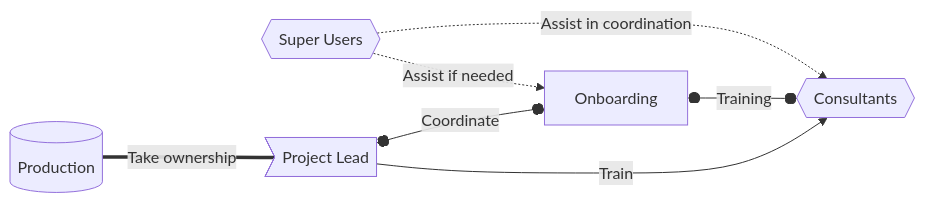
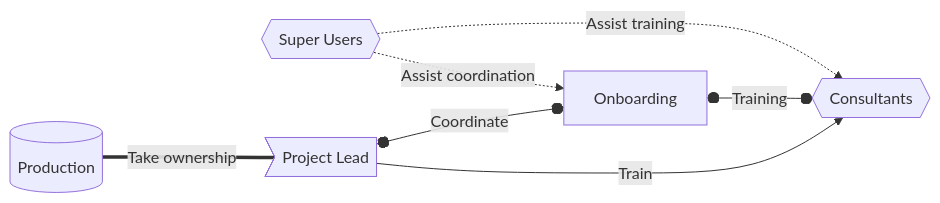
Before and after one commit to dialogueone-dev/IT-documentation: the fifth of 12 diagrams in Product_documentations/ninox/project_management.md, drawn with Mermaid. The commit also changed other lines of this file, not shown here.

````diff
--- a/Product_documentations/ninox/project_management.md
+++ b/Product_documentations/ninox/project_management.md
@@ -116,9 +116,9 @@
 ```mermaid
 flowchart LR
 G[(Production)] ===|Take ownership| PL>Project Lead]
-SU{{Super Users}} -.->|Assist if needed| J[Onboarding]
-SU{{Super Users}} -.->|Assist in coordination| I{{Consultants}}
+SU{{Super Users}} -.->|Assist coordination| J[Onboarding]
+SU{{Super Users}} -.->|Assist training| I{{Consultants}}
 PL o--o|Coordinate| J
 J o--o |Training| I{{Consultants}}
 PL --> |Train| I{{Consultants}}
 ```
````
